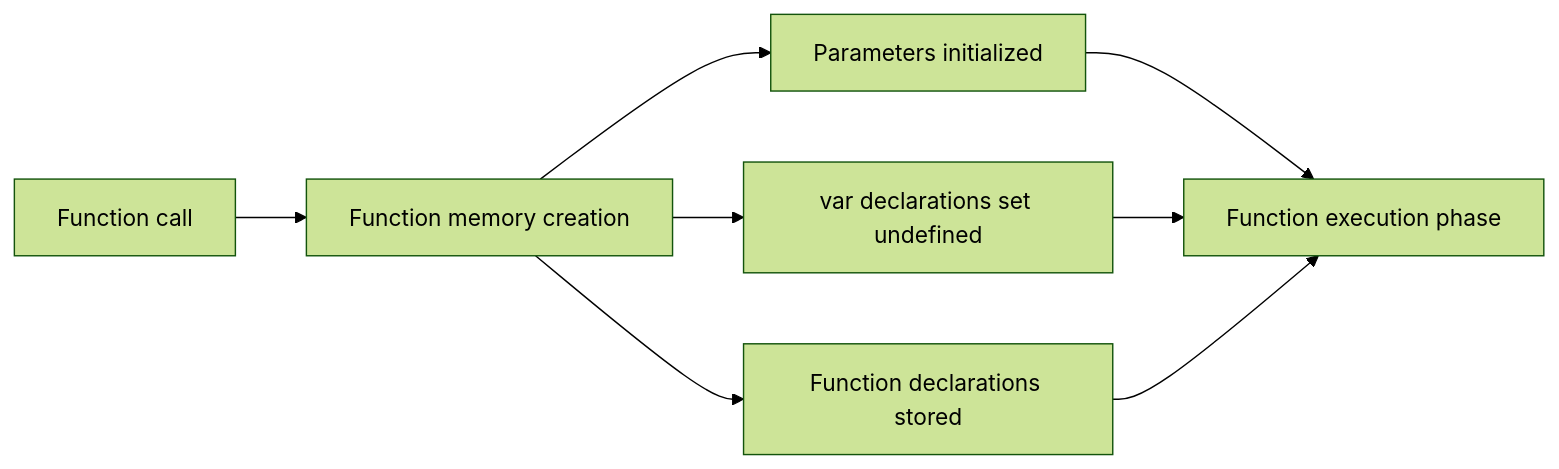
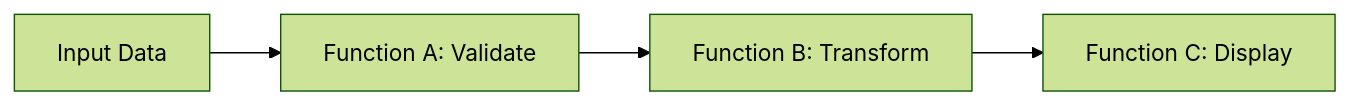
One commit to AbhishekDhone7/javascript-git-basics changed the sixth of 16 diagrams in JavaScript-Beginners-Guide.md. Above: the diagram before and after it, drawn with Mermaid (forest theme). The commit also changed other lines of this file and 1 other file, not shown here.

````diff
--- a/JavaScript-Beginners-Guide.md
+++ b/JavaScript-Beginners-Guide.md
@@ -459,10 +439,6 @@
 ```mermaid
 flowchart LR
-A[Function call] --> B[Function memory creation]
-B --> C[Parameters initialized]
-B --> D[var declarations set undefined]
-B --> E[Function declarations stored]
-C --> F[Function execution phase]
-D --> F
-E --> F
+A[Input Data] --> B[Function A: Validate]
+B --> C[Function B: Transform]
+C --> D[Function C: Display]
 ```
````
